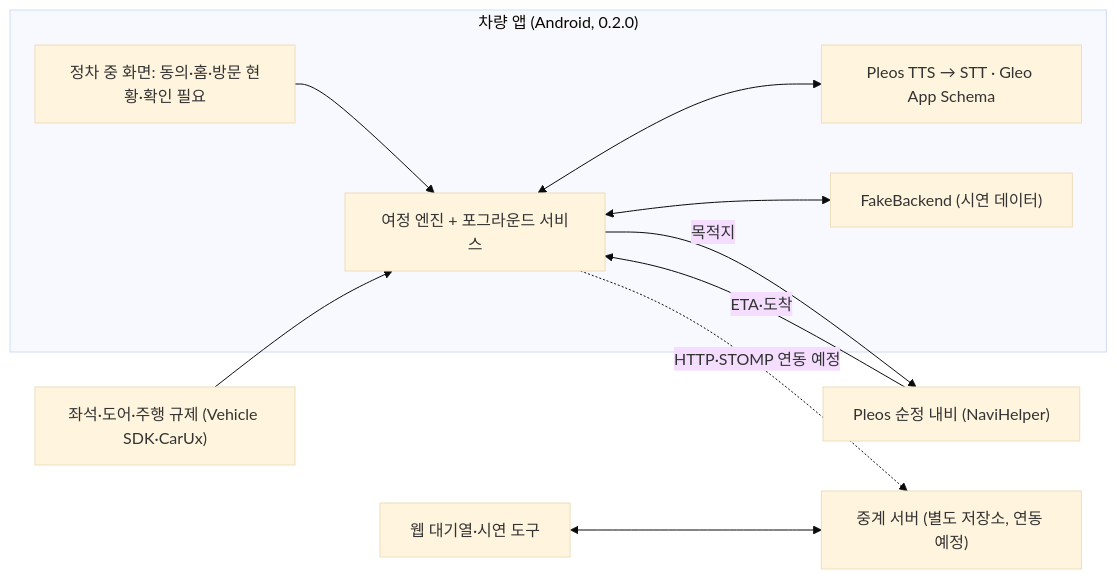
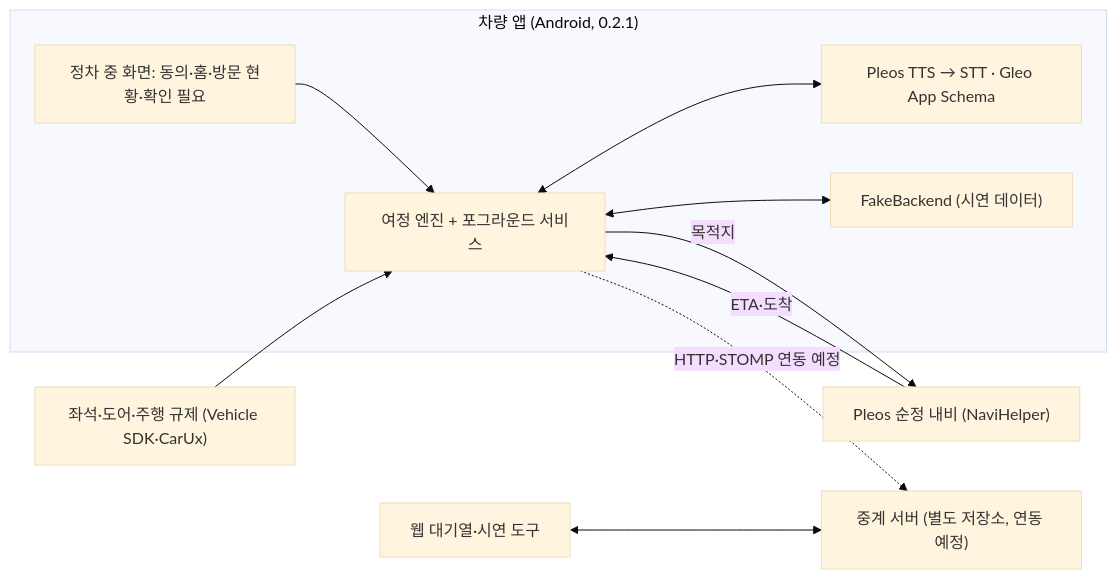
The diagram in README.md (smartjourney-pleos/smart-journey-main), drawn with Mermaid (base theme) before and after one commit. The commit also changed other lines of this file and 11 other files, not shown here.

````diff
--- a/README.md
+++ b/README.md
@@ -91,19 +92,19 @@
 ```mermaid
 flowchart LR
-  subgraph CAR["차량 앱 (Android, 0.2.0)"]
+  subgraph CAR["차량 앱 (Android, 0.2.1)"]
     UI["정차 중 화면: 동의·홈·방문 현황·확인 필요"]
     ENGINE["여정 엔진 + 포그라운드 서비스"]
     VOICE["Pleos TTS → STT · Gleo App Schema"]
     FAKE["FakeBackend (시연 데이터)"]
     UI --> ENGINE
     ENGINE <--> VOICE
     ENGINE <--> FAKE
   end
   NAVI["Pleos 순정 내비 (NaviHelper)"] -->|"ETA·도착"| ENGINE
   ENGINE -->|"목적지"| NAVI
   VEH["좌석·도어·주행 규제 (Vehicle SDK·CarUx)"] --> ENGINE
   SERVER["중계 서버 (별도 저장소, 연동 예정)"]
   WEB["웹 대기열·시연 도구"]
   ENGINE -. "HTTP·STOMP 연동 예정" .-> SERVER
   WEB <--> SERVER
 ```
````
